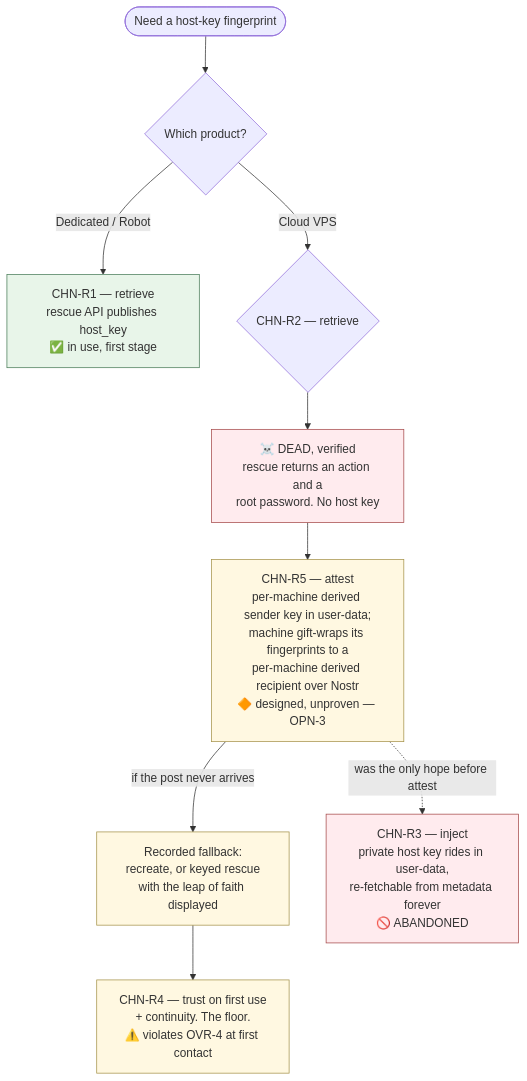
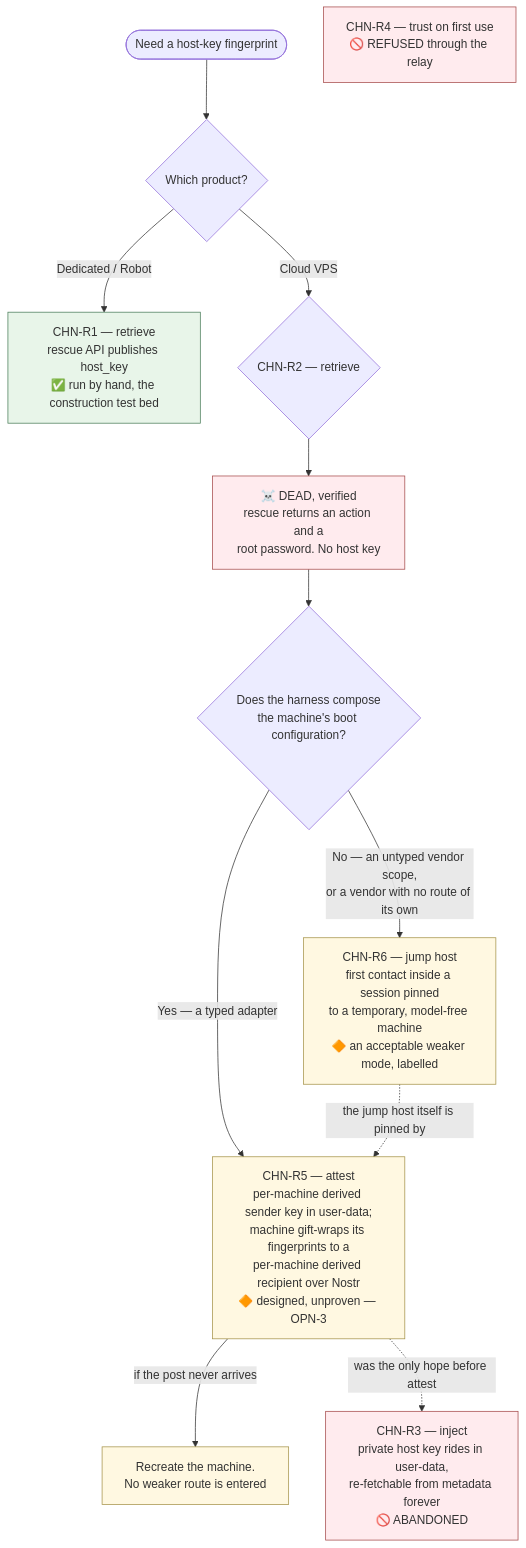
Before and after one commit to douglaz/tau-web-spec: the first of 2 diagrams in 02-channel.md, drawn with Mermaid. The commit also changed other lines of this file and 10 other files, not shown here.

````diff
--- a/02-channel.md
+++ b/02-channel.md
@@ -31,17 +32,20 @@
 ```mermaid
 flowchart TD
     START([Need a host-key fingerprint]) --> PROD{Which product?}
-    PROD -->|Dedicated / Robot| R1["CHN-R1 — retrieve<br/>rescue API publishes host_key<br/>✅ in use, first stage"]
+    PROD -->|Dedicated / Robot| R1["CHN-R1 — retrieve<br/>rescue API publishes host_key<br/>✅ run by hand, the construction test bed"]
     PROD -->|Cloud VPS| R2{"CHN-R2 — retrieve"}
     R2 --> R2D["☠️ DEAD, verified<br/>rescue returns an action and a<br/>root password. No host key"]
-    R2D --> R5["CHN-R5 — attest<br/>per-machine derived sender key in user-data;<br/>machine gift-wraps its fingerprints to a<br/>per-machine derived recipient over Nostr<br/>🔶 designed, unproven — OPN-3"]
-    R5 -->|"if the post never arrives"| FB["Recorded fallback:<br/>recreate, or keyed rescue<br/>with the leap of faith displayed"]
+    R2D --> BOOT{"Does the harness compose<br/>the machine's boot configuration?"}
+    BOOT -->|"Yes — a typed adapter"| R5["CHN-R5 — attest<br/>per-machine derived sender key in user-data;<br/>machine gift-wraps its fingerprints to a<br/>per-machine derived recipient over Nostr<br/>🔶 designed, unproven — OPN-3"]
+    BOOT -->|"No — an untyped vendor scope,<br/>or a vendor with no route of its own"| R6["CHN-R6 — jump host<br/>first contact inside a session pinned<br/>to a temporary, model-free machine<br/>🔶 an acceptable weaker mode, labelled"]
+    R5 -->|"if the post never arrives"| RC["Recreate the machine.<br/>No weaker route is entered"]
+    R6 -.->|"the jump host itself is pinned by"| R5
     R5 -.->|"was the only hope before attest"| R3["CHN-R3 — inject<br/>private host key rides in user-data,<br/>re-fetchable from metadata forever<br/>🚫 ABANDONED"]
-    FB --> R4["CHN-R4 — trust on first use<br/>+ continuity. The floor.<br/>⚠️ violates OVR-4 at first contact"]
+    R4["CHN-R4 — trust on first use<br/>🚫 REFUSED through the relay"]
     classDef live fill:#e8f5e9,stroke:#4a7c59
     classDef dead fill:#ffebee,stroke:#a54a4a
     classDef pending fill:#fff8e1,stroke:#a5934a
     class R1 live
-    class R2D,R3 dead
-    class R5,R4,FB pending
+    class R2D,R3,R4 dead
+    class R5,R6,RC pending
 ```
````
